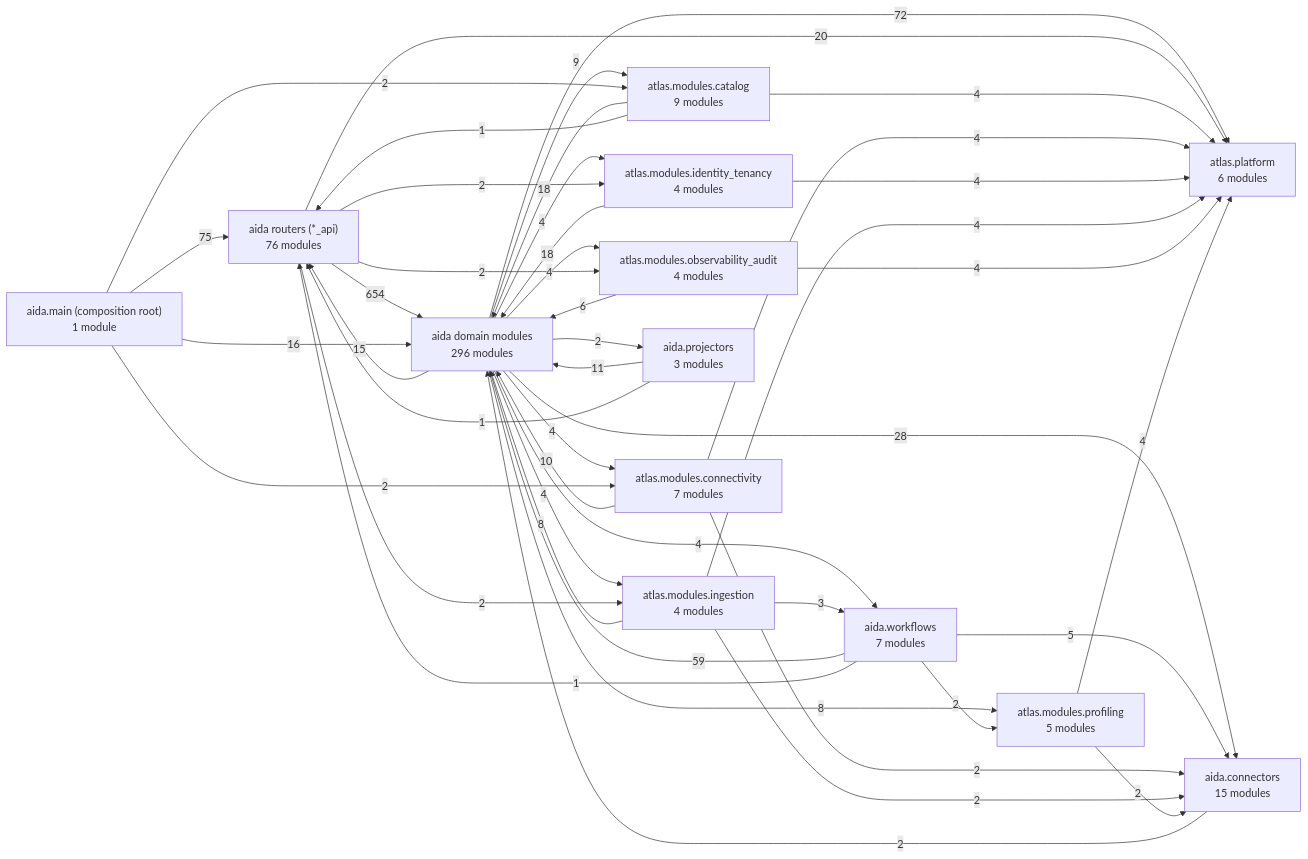
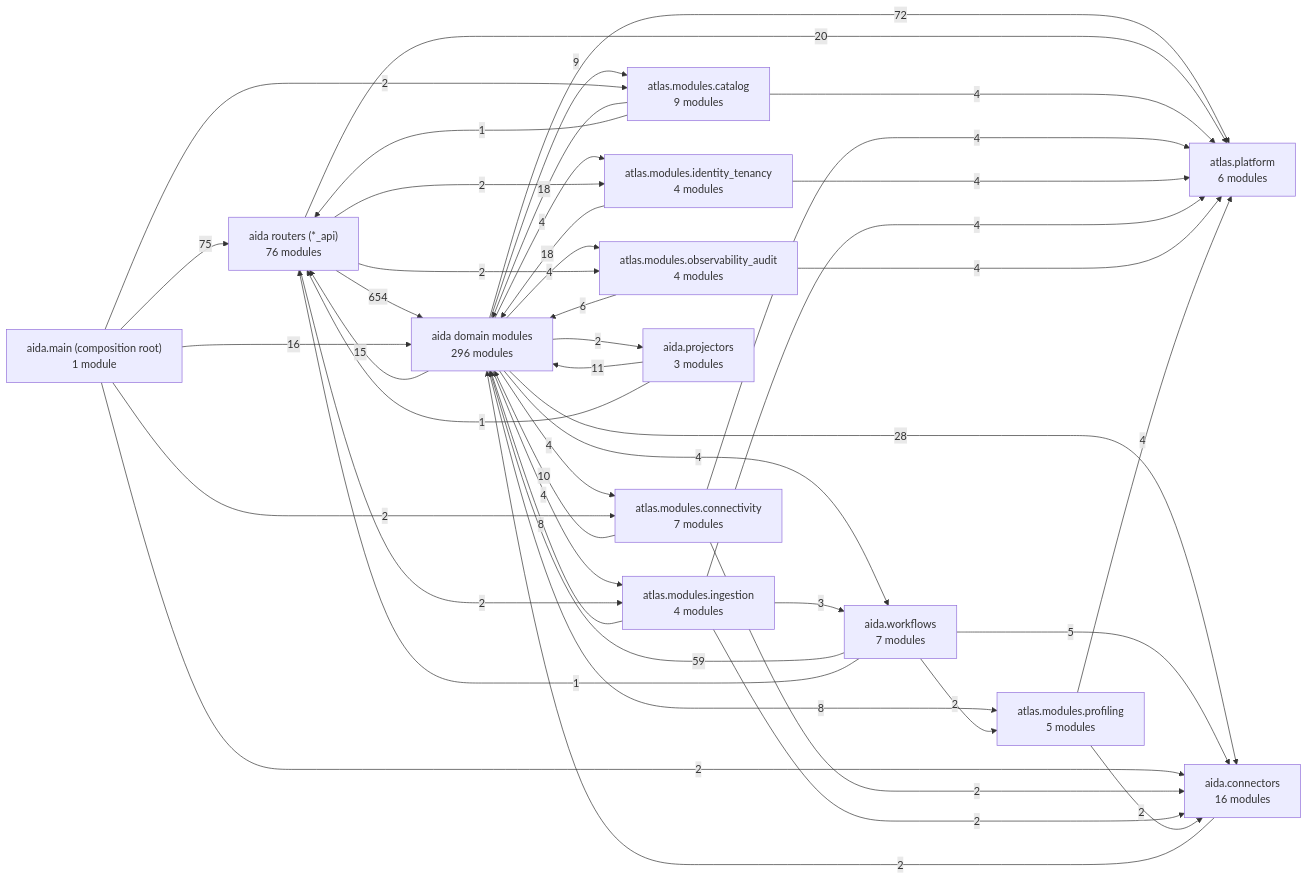
One commit to karuppusamym/AIDataAnalyst changed the first of 3 diagrams in Docs/10-architecture/14-generated-architecture-map.md. Above: the diagram before and after it, drawn with Mermaid. The commit also changed other lines of this file and 11 other files, not shown here.

````diff
--- a/Docs/10-architecture/14-generated-architecture-map.md
+++ b/Docs/10-architecture/14-generated-architecture-map.md
@@ -48,59 +48,60 @@
 ```mermaid
 graph LR
   app["aida.main (composition root)<br/>1 module"]
   routers["aida routers (*_api)<br/>76 modules"]
   domain["aida domain modules<br/>296 modules"]
   ctx_catalog["atlas.modules.catalog<br/>9 modules"]
   ctx_connectivity["atlas.modules.connectivity<br/>7 modules"]
   ctx_identity_tenancy["atlas.modules.identity_tenancy<br/>4 modules"]
   ctx_ingestion["atlas.modules.ingestion<br/>4 modules"]
   ctx_observability_audit["atlas.modules.observability_audit<br/>4 modules"]
   ctx_profiling["atlas.modules.profiling<br/>5 modules"]
-  connectors["aida.connectors<br/>15 modules"]
+  connectors["aida.connectors<br/>16 modules"]
   workflows["aida.workflows<br/>7 modules"]
   projectors["aida.projectors<br/>3 modules"]
   platform["atlas.platform<br/>6 modules"]
   routers -->|654| domain
   app -->|75| routers
   domain -->|72| platform
   workflows -->|59| domain
   domain -->|28| connectors
   routers -->|20| platform
   ctx_catalog -->|18| domain
   ctx_identity_tenancy -->|18| domain
   app -->|16| domain
   domain -->|15| routers
   projectors -->|11| domain
   ctx_connectivity -->|10| domain
   domain -->|9| ctx_catalog
   ctx_ingestion -->|8| domain
   domain -->|8| ctx_profiling
   ctx_observability_audit -->|6| domain
   workflows -->|5| connectors
   ctx_catalog -->|4| platform
   ctx_connectivity -->|4| platform
   ctx_identity_tenancy -->|4| platform
   ctx_ingestion -->|4| platform
   ctx_observability_audit -->|4| platform
   ctx_profiling -->|4| platform
   domain -->|4| ctx_connectivity
   domain -->|4| ctx_identity_tenancy
   domain -->|4| ctx_ingestion
   domain -->|4| ctx_observability_audit
   domain -->|4| workflows
   ctx_ingestion -->|3| workflows
+  app -->|2| connectors
   app -->|2| ctx_catalog
   app -->|2| ctx_connectivity
   connectors -->|2| domain
   ctx_connectivity -->|2| connectors
   ctx_ingestion -->|2| connectors
   ctx_profiling -->|2| connectors
   domain -->|2| projectors
   routers -->|2| ctx_identity_tenancy
   routers -->|2| ctx_ingestion
   routers -->|2| ctx_observability_audit
   workflows -->|2| ctx_profiling
   ctx_catalog -->|1| routers
   projectors -->|1| routers
   workflows -->|1| routers
 ```
````
